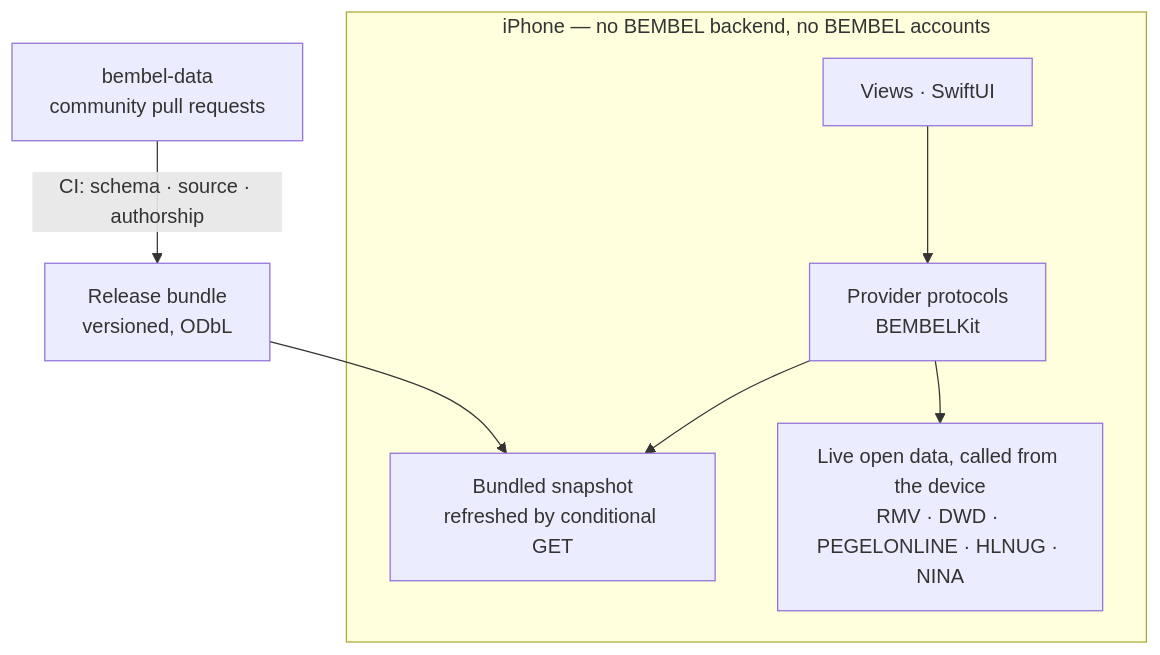
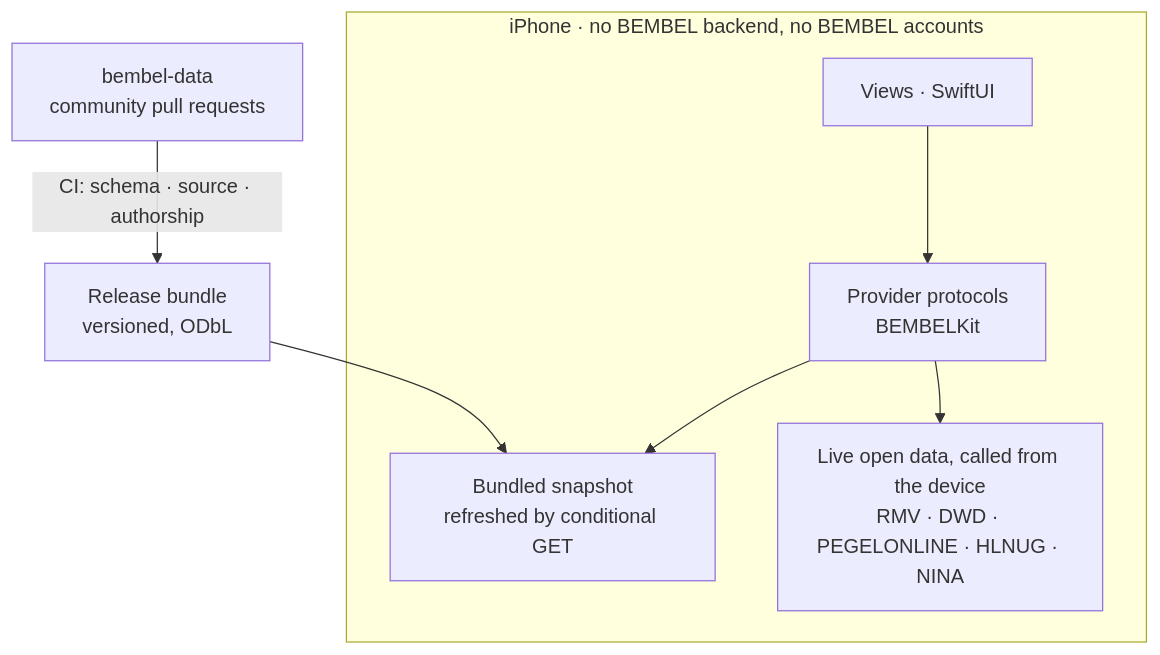
Before and after one commit to maurice-jobst/bembel: the diagram in README.md, drawn with Mermaid. The commit also changed other lines of this file, not shown here.

````diff
--- a/README.md
+++ b/README.md
@@ -62,10 +61,10 @@
 ```mermaid
 flowchart TD
     C["bembel-data<br/>community pull requests"] -->|"CI: schema · source · authorship"| R["Release bundle<br/>versioned, ODbL"]
-    subgraph device["iPhone — no BEMBEL backend, no BEMBEL accounts"]
+    subgraph device["iPhone · no BEMBEL backend, no BEMBEL accounts"]
         V["Views · SwiftUI"] --> P["Provider protocols<br/>BEMBELKit"]
         P --> B["Bundled snapshot<br/>refreshed by conditional GET"]
         P --> L["Live open data, called from the device<br/>RMV · DWD · PEGELONLINE · HLNUG · NINA"]
     end
     R --> B
 ```
````
